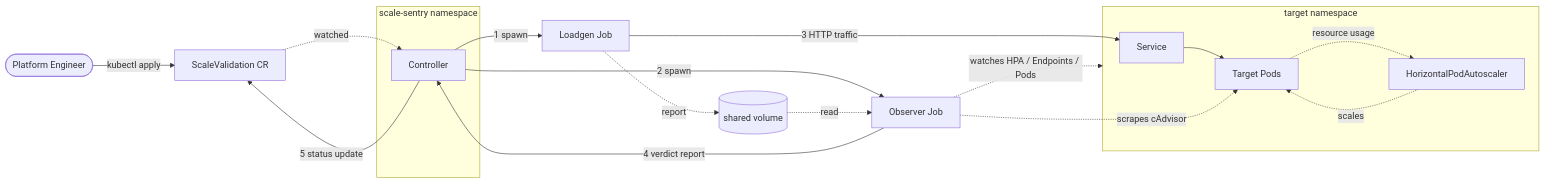
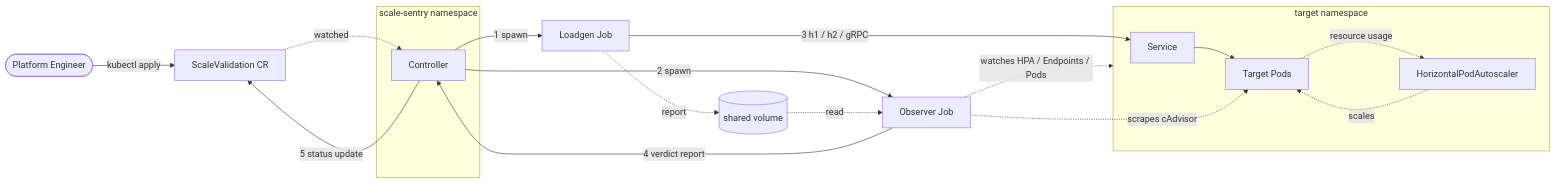
Before and after one commit to ethan-kane-ops/scale-sentry: the diagram in README.md, drawn with Mermaid. The commit also changed other lines of this file and 1 other file, not shown here.

````diff
--- a/README.md
+++ b/README.md
@@ -22,30 +22,30 @@
 ```mermaid
 flowchart LR
     User([Platform Engineer]) -->|kubectl apply| CR[ScaleValidation CR]
 
     subgraph Operator [scale-sentry namespace]
         Controller[Controller]
     end
 
     CR -.watched.-> Controller
     Controller -->|1 spawn| Loadgen[Loadgen Job]
     Controller -->|2 spawn| Observer[Observer Job]
 
     subgraph Target [target namespace]
         Service[Service]
         Pods[Target Pods]
         HPA[HorizontalPodAutoscaler]
     end
 
-    Loadgen -->|3 HTTP traffic| Service --> Pods
+    Loadgen -->|3 h1 / h2 / gRPC| Service --> Pods
     Pods -.resource usage.-> HPA
     HPA -.scales.-> Pods
 
     Observer -.watches HPA / Endpoints / Pods.-> Target
     Observer -.scrapes cAdvisor.-> Pods
     Loadgen -.report.-> Volume[(shared volume)]
     Volume -.read.-> Observer
 
     Observer -->|4 verdict report| Controller
     Controller -->|5 status update| CR
 ```
````
